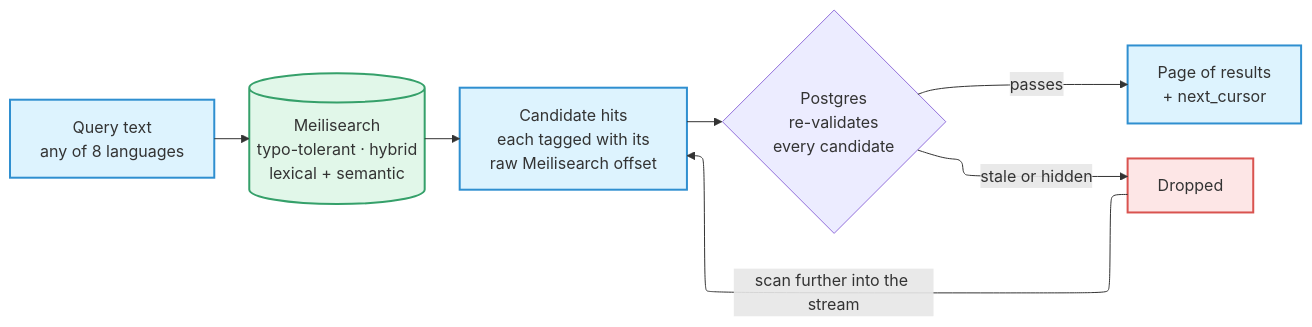
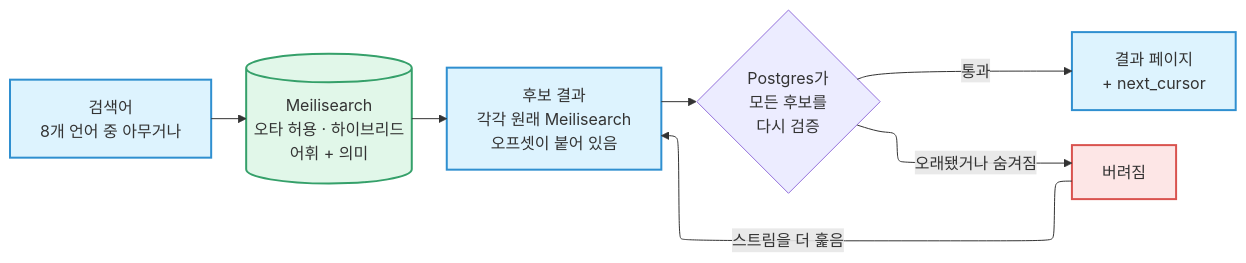
Before and after one commit to PopOut-Market/popout-docs: the fourth of 6 diagrams in docs/engineering/architecture.md, drawn with Mermaid. The commit also changed other lines of this file and 45 other files, not shown here.

````diff
--- a/docs/engineering/architecture.md
+++ b/docs/engineering/architecture.md
@@ -209,23 +204,23 @@
 ```mermaid
 %%{init: {"layout": "elk"}}%%
 flowchart LR
-    q["Query text<br/>any of 8 languages"]
-    m[("Meilisearch<br/>typo-tolerant · hybrid<br/>lexical + semantic")]
-    c["Candidate hits<br/>each tagged with its<br/>raw Meilisearch offset"]
-    v{"Postgres<br/>re-validates<br/>every candidate"}
-    ok["Page of results<br/>+ next_cursor"]
-    drop["Dropped"]
+    q["검색어<br/>8개 언어 중 아무거나"]
+    m[("Meilisearch<br/>오타 허용 · 하이브리드<br/>어휘 + 의미")]
+    c["후보 결과<br/>각각 원래 Meilisearch<br/>오프셋이 붙어 있음"]
+    v{"Postgres가<br/>모든 후보를<br/>다시 검증"}
+    ok["결과 페이지<br/>+ next_cursor"]
+    drop["버려짐"]
 
     q --> m --> c --> v
-    v -->|"passes"| ok
-    v -->|"stale or hidden"| drop
-    drop -->|"scan further into the stream"| c
+    v -->|"통과"| ok
+    v -->|"오래됐거나 숨겨짐"| drop
+    drop -->|"스트림을 더 훑음"| c
 
     classDef data fill:#22c55e22,stroke:#35a06a,stroke-width:2px
     classDef edge fill:#00a6f422,stroke:#2f8fd0,stroke-width:2px
     classDef bad fill:#ef444422,stroke:#d9534f,stroke-width:2px
 
     class m data
     class q,c,ok edge
     class drop bad
 ```
````
